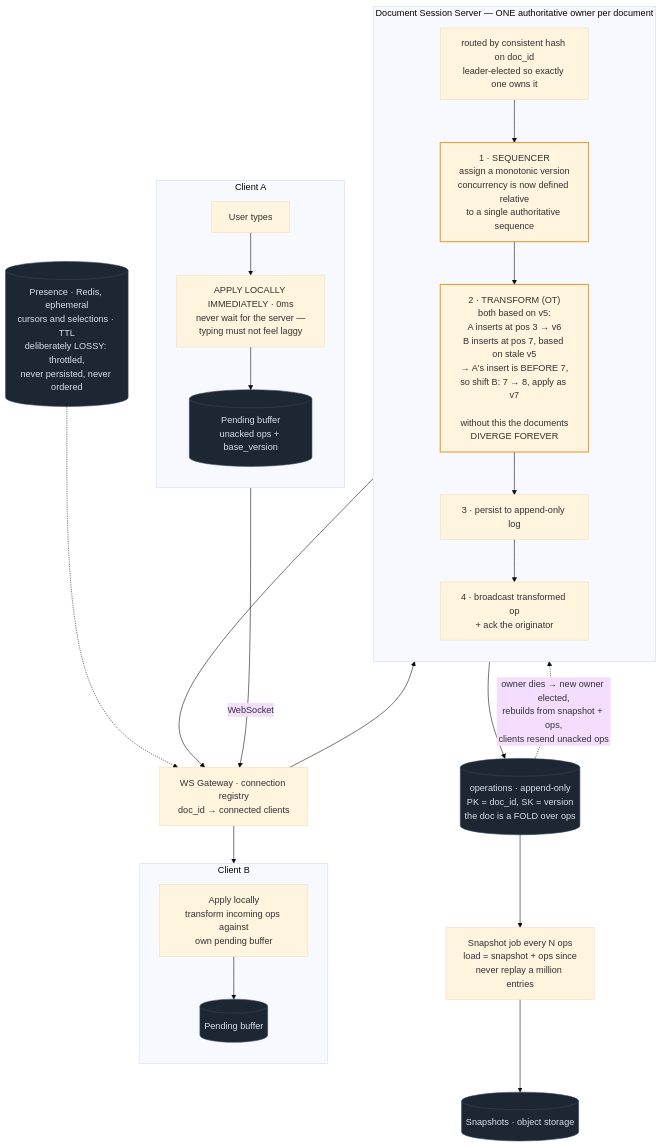
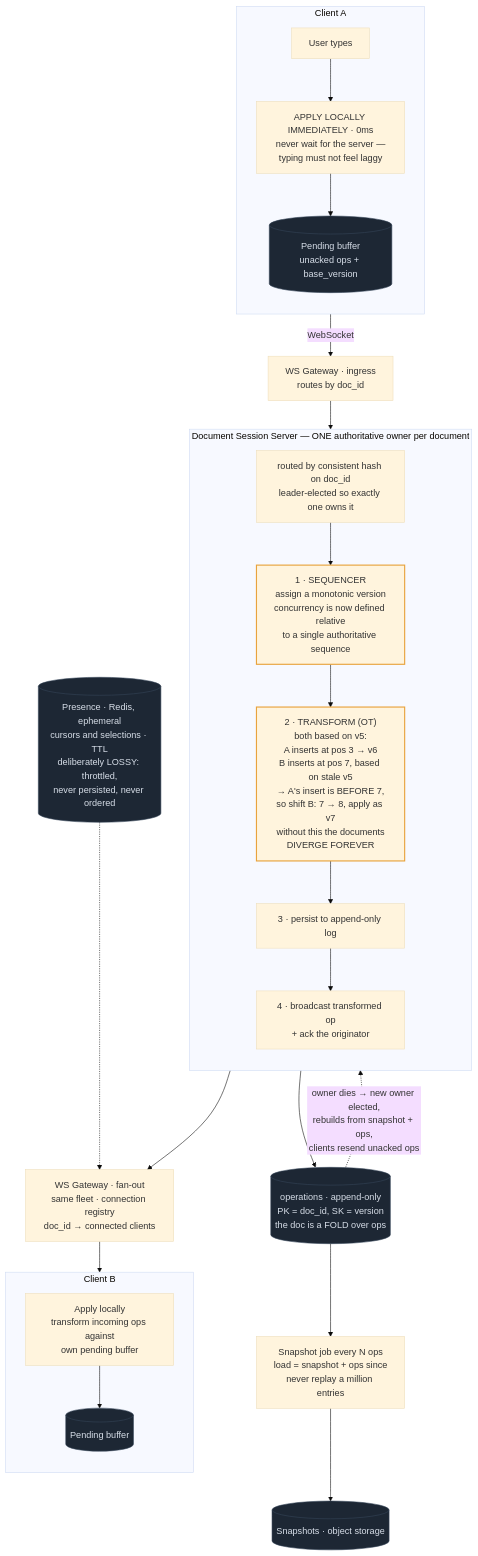
The diagram in content/designs/15-google-docs-collaborative-editing.md (mertkahyaoglu/atlas), drawn with Mermaid (base theme) before and after one commit. The commit also changed other lines of this file and 27 other files, not shown here.

First line of the commit message:
Diagram tooltips, design frontmatter panels, clearer architecture diagrams

````diff
--- a/content/designs/15-google-docs-collaborative-editing.md
+++ b/content/designs/15-google-docs-collaborative-editing.md
@@ -78,47 +128,48 @@
 ```mermaid
 flowchart TB
     subgraph CA ["Client A"]
         direction TB
         TypeA["User types"]
         LocalA["APPLY LOCALLY IMMEDIATELY · 0ms<br/>never wait for the server —<br/>typing must not feel laggy"]
         PendA[("Pending buffer<br/>unacked ops + base_version")]
         TypeA --> LocalA --> PendA
     end
 
+    PendA -- "WebSocket" --> GWin["WS Gateway · ingress<br/>routes by doc_id"]
+    GWin --> Session
+
+    subgraph SESS ["Document Session Server — ONE authoritative owner per document"]
+        direction TB
+        Session["routed by consistent hash on doc_id<br/>leader-elected so exactly one owns it"]
+        Seq["1 · SEQUENCER<br/>assign a monotonic version<br/>concurrency is now defined relative<br/>to a single authoritative sequence"]
+        Transform["2 · TRANSFORM (OT)<br/>both based on v5:<br/>A inserts at pos 3 → v6<br/>B inserts at pos 7, based on stale v5<br/>→ A's insert is BEFORE 7,<br/>so shift B: 7 → 8, apply as v7<br/>without this the documents<br/>DIVERGE FOREVER"]
+        Persist["3 · persist to append-only log"]
+        Broadcast["4 · broadcast transformed op<br/>+ ack the originator"]
+        Session --> Seq --> Transform --> Persist --> Broadcast
+    end
+
+    Persist --> Ops[("operations · append-only<br/>PK = doc_id, SK = version<br/>the doc is a FOLD over ops")]
+    Ops --> Snap["Snapshot job every N ops<br/>load = snapshot + ops since<br/>never replay a million entries"]
+    Snap --> Blob[("Snapshots · object storage")]
+    Ops -. "owner dies → new owner elected,<br/>rebuilds from snapshot + ops,<br/>clients resend unacked ops" .-> Session
+
+    Broadcast --> GWout["WS Gateway · fan-out<br/>same fleet · connection registry<br/>doc_id → connected clients"]
+    Presence[("Presence · Redis, ephemeral<br/>cursors and selections · TTL<br/>deliberately LOSSY: throttled,<br/>never persisted, never ordered")] -.-> GWout
+
     subgraph CB ["Client B"]
         direction TB
         LocalB["Apply locally<br/>transform incoming ops against<br/>own pending buffer"]
         PendB[("Pending buffer")]
         LocalB --> PendB
     end
-
-    PendA -- "WebSocket" --> GW
-    GW["WS Gateway · connection registry<br/>doc_id → connected clients"]
-    GW --> Session
-
-    subgraph SESS ["Document Session Server — ONE authoritative owner per document"]
-        direction TB
-        Session["routed by consistent hash on doc_id<br/>leader-elected so exactly one owns it"]
-        Seq["1 · SEQUENCER<br/>assign a monotonic version<br/>concurrency is now defined relative<br/>to a single authoritative sequence"]
-        Transform["2 · TRANSFORM (OT)<br/>both based on v5:<br/>A inserts at pos 3 → v6<br/>B inserts at pos 7, based on stale v5<br/>→ A's insert is BEFORE 7,<br/>so shift B: 7 → 8, apply as v7<br/><br/>without this the documents<br/>DIVERGE FOREVER"]
-        Persist["3 · persist to append-only log"]
-        Broadcast["4 · broadcast transformed op<br/>+ ack the originator"]
-        Session --> Seq --> Transform --> Persist --> Broadcast
-    end
-
-    Broadcast --> GW
-    GW --> LocalB
-
-    Persist --> Ops[("operations · append-only<br/>PK = doc_id, SK = version<br/>the doc is a FOLD over ops")]
-    Ops --> Snap["Snapshot job every N ops<br/>load = snapshot + ops since<br/>never replay a million entries"]
-    Snap --> Blob[("Snapshots · object storage")]
-
-    Presence[("Presence · Redis, ephemeral<br/>cursors and selections · TTL<br/>deliberately LOSSY: throttled,<br/>never persisted, never ordered")] -.-> GW
-
-    Ops -. "owner dies → new owner elected,<br/>rebuilds from snapshot + ops,<br/>clients resend unacked ops" .-> Session
+    GWout --> LocalB
 
     classDef store fill:#1d2734,stroke:#35455a,color:#d7dee8
     classDef hot stroke:#e8a33d,stroke-width:2px
     class Ops,Blob,Presence,PendA,PendB store
     class Transform,Seq hot
+
+    click GWout href "/docs/07-apis-and-communication" "Role: holds collaborators' connections and routes each doc to the server that owns it.<br/>Trade-off: stateful, so moving a document forces its editors to reconnect."
+    click Blob href "/docs/09-specialized-building-blocks" "Role: periodic document snapshots so opening a doc doesn't replay every op.<br/>Trade-off: snapshot frequency trades storage and write cost against load time."
+    click Presence href "/docs/04-caching" "Role: live cursors and selections, kept only in memory.<br/>Trade-off: deliberately lossy, so nothing survives a restart, and that's fine."
 ```
````
